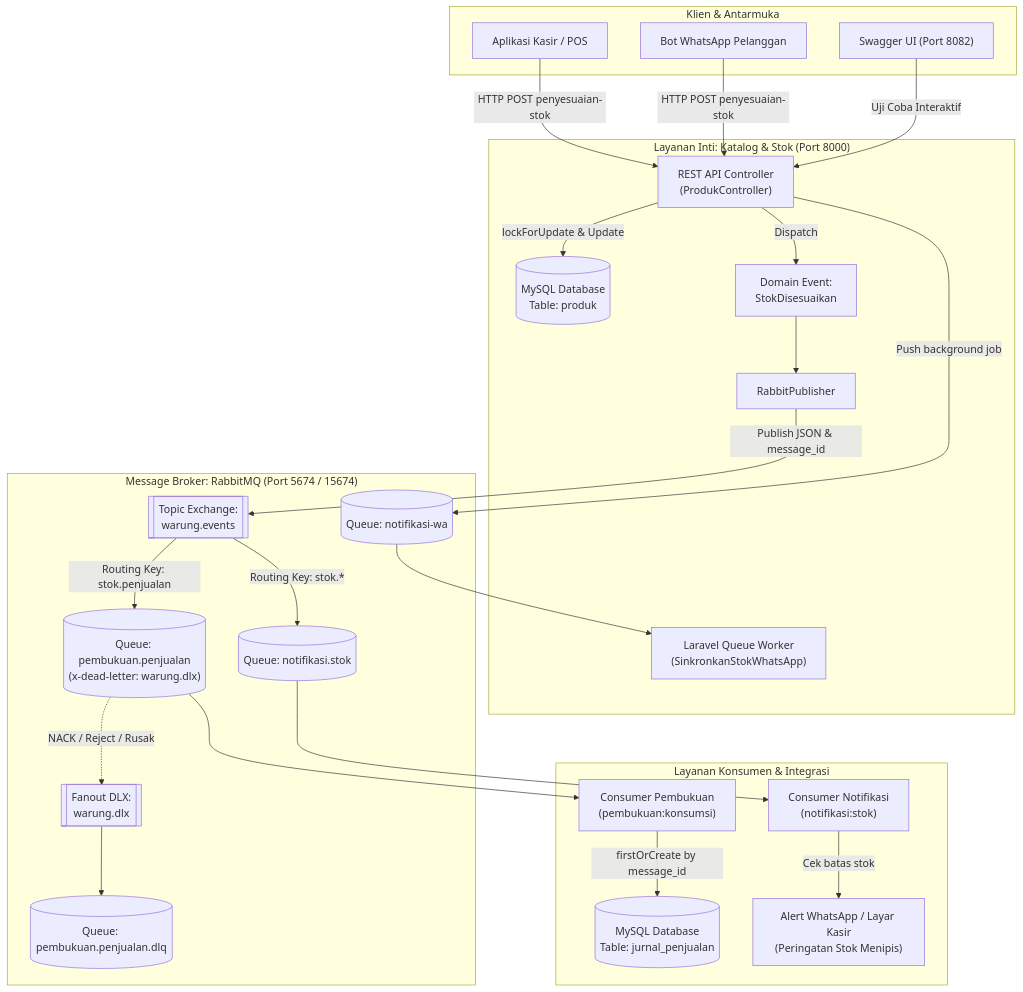
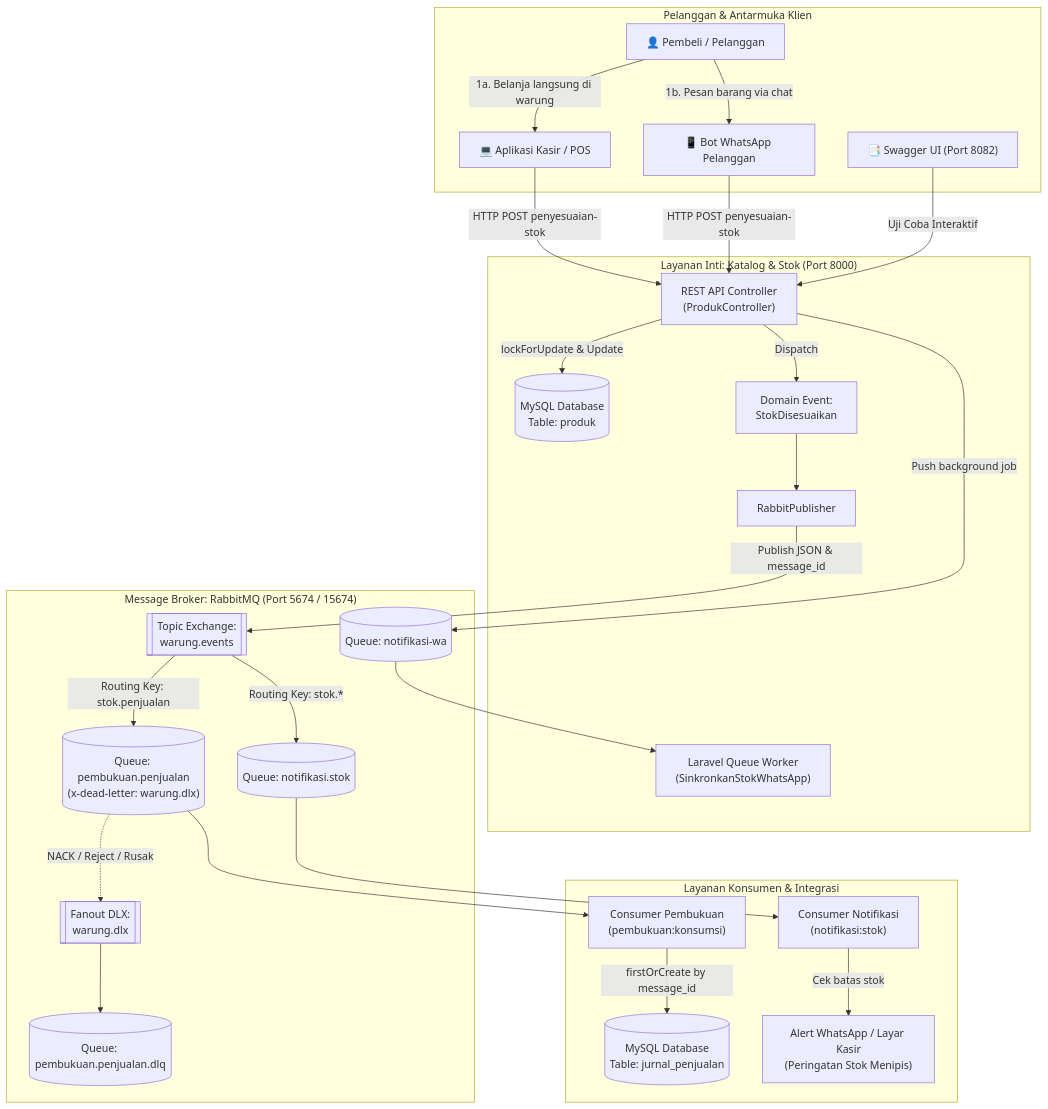
The first of 3 diagrams in README.md (jackalwyssad/warung-ibu-beti), drawn with Mermaid before and after one commit. The commit also changed other lines of this file, not shown here.

Commit message:
docs: tambahkan entitas pembeli/pelanggan di diagram arsitektur dan sequence diagram README

````diff
--- a/README.md
+++ b/README.md
@@ -36,58 +36,63 @@
 ```mermaid
 flowchart TD
-    subgraph Klien ["Klien & Antarmuka"]
-        Kasir["Aplikasi Kasir / POS"]
-        BotWA["Bot WhatsApp Pelanggan"]
-        Swagger["Swagger UI (Port 8082)"]
+    subgraph Pengguna ["Pelanggan & Antarmuka Klien"]
+        Pembeli["👤 Pembeli / Pelanggan"]
+        Kasir["💻 Aplikasi Kasir / POS"]
+        BotWA["📱 Bot WhatsApp Pelanggan"]
+        Swagger["📑 Swagger UI (Port 8082)"]
     end
 
     subgraph CoreService ["Layanan Inti: Katalog & Stok (Port 8000)"]
         API["REST API Controller<br/>(ProdukController)"]
         DB[("MySQL Database<br/>Table: produk")]
         Event["Domain Event:<br/>StokDisesuaikan"]
         Publisher["RabbitPublisher"]
         QueueWorker["Laravel Queue Worker<br/>(SinkronkanStokWhatsApp)"]
     end
 
     subgraph Broker ["Message Broker: RabbitMQ (Port 5674 / 15674)"]
         ExEvents[["Topic Exchange:<br/>warung.events"]]
         ExDLX[["Fanout DLX:<br/>warung.dlx"]]
         
         QPenjualan[("Queue: pembukuan.penjualan<br/>(x-dead-letter: warung.dlx)")]
         QNotif[("Queue: notifikasi.stok")]
         QDLQ[("Queue: pembukuan.penjualan.dlq")]
         QWA[("Queue: notifikasi-wa")]
     end
 
     subgraph SubSistem ["Layanan Konsumen & Integrasi"]
         ConsPembukuan["Consumer Pembukuan<br/>(pembukuan:konsumsi)"]
         DBJurnal[("MySQL Database<br/>Table: jurnal_penjualan")]
         ConsNotif["Consumer Notifikasi<br/>(notifikasi:stok)"]
         Alert["Alert WhatsApp / Layar Kasir<br/>(Peringatan Stok Menipis)"]
     end
 
-    %% Flow REST
+    %% Flow Klien / Pembeli
+    Pembeli -->|1a. Belanja langsung di warung| Kasir
+    Pembeli -->|1b. Pesan barang via chat| BotWA
     Kasir -->|HTTP POST penyesuaian-stok| API
     BotWA -->|HTTP POST penyesuaian-stok| API
     Swagger -->|Uji Coba Interaktif| API
+
+    %% Flow REST & DB
     API -->|lockForUpdate & Update| DB
     API -->|Dispatch| Event
     Event --> Publisher
     Publisher -->|Publish JSON & message_id| ExEvents
 
     %% Queue Job
     API -->|Push background job| QWA
     QWA --> QueueWorker
 
     %% Routing RabbitMQ
     ExEvents -->|Routing Key: stok.penjualan| QPenjualan
     ExEvents -->|Routing Key: stok.*| QNotif
     QPenjualan -.->|NACK / Reject / Rusak| ExDLX
     ExDLX --> QDLQ
 
     %% Consumer
     QPenjualan --> ConsPembukuan
     ConsPembukuan -->|firstOrCreate by message_id| DBJurnal
     QNotif --> ConsNotif
     ConsNotif -->|Cek batas stok| Alert
 ```
````
